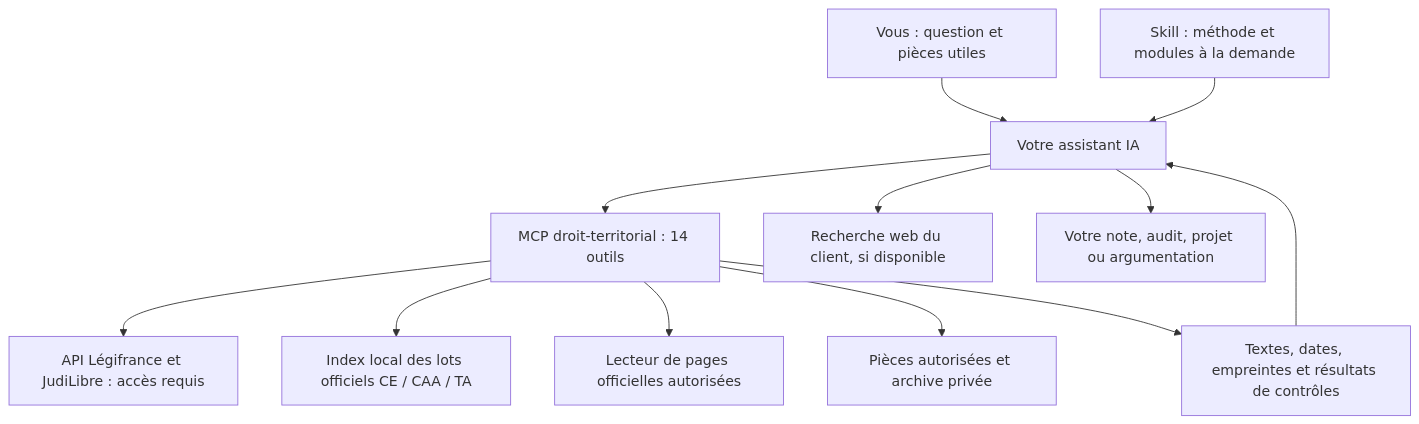
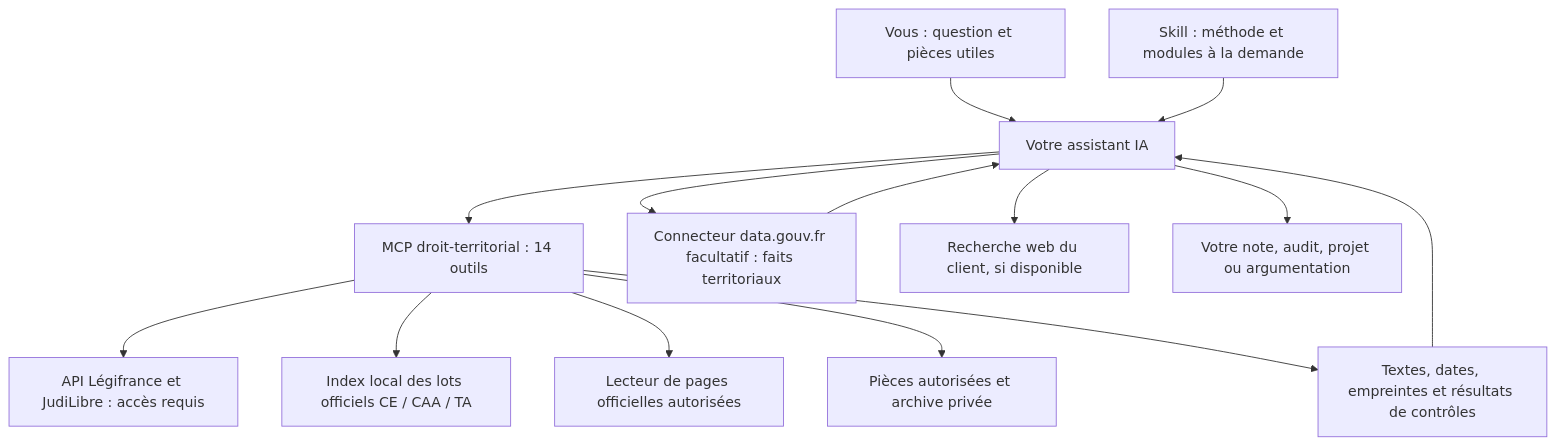
Before and after one commit to didou92i/juriste-territorial: the second of 2 diagrams in README.md, drawn with Mermaid. The commit also changed other lines of this file and 18 other files, not shown here.

````diff
--- a/README.md
+++ b/README.md
@@ -95,14 +95,16 @@
 ```mermaid
 flowchart TD
     U[Vous : question et pièces utiles] --> A[Votre assistant IA]
     S[Skill : méthode et modules à la demande] --> A
     A --> M[MCP droit-territorial : 14 outils]
     M --> API[API Légifrance et JudiLibre : accès requis]
     M --> ADM[Index local des lots officiels CE / CAA / TA]
     M --> WEB[Lecteur de pages officielles autorisées]
     M --> LOC[Pièces autorisées et archive privée]
+    A --> DG[Connecteur data.gouv.fr facultatif : faits territoriaux]
+    DG --> A
     A --> W[Recherche web du client, si disponible]
     M --> P[Textes, dates, empreintes et résultats de contrôles]
     P --> A
     A --> R[Votre note, audit, projet ou argumentation]
 ```
````
